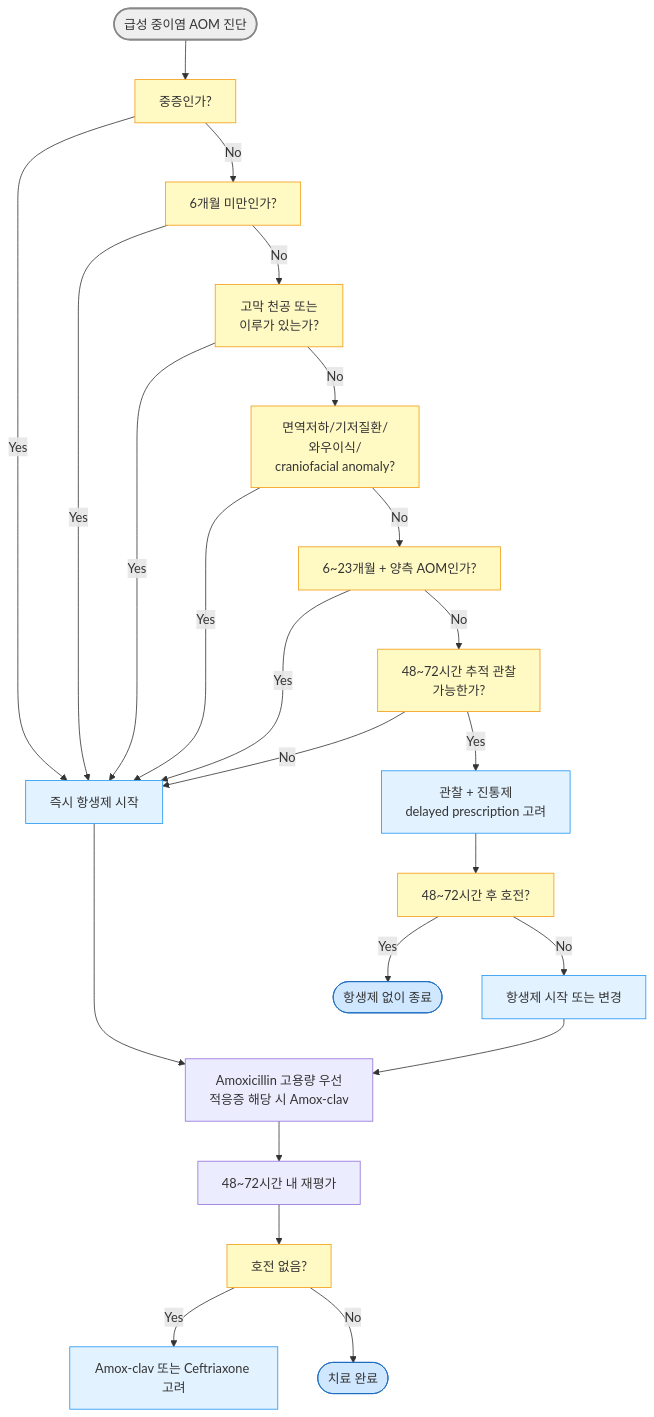
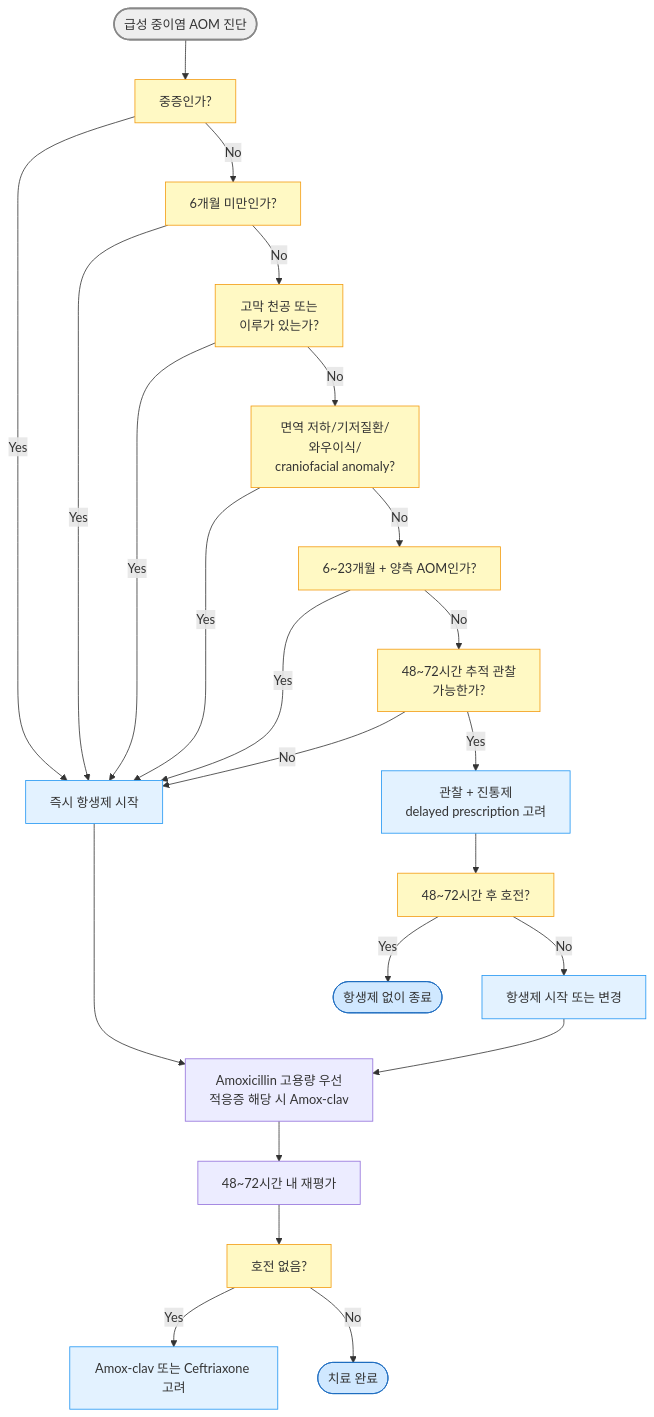
Before and after one commit to familyoh77/familyoh77: the third of 4 diagrams in 222_/048_-otitis-media.md, drawn with Mermaid. The commit also changed other lines of this file and 19 other files, not shown here.

````diff
--- a/222_/048_-otitis-media.md
+++ b/222_/048_-otitis-media.md
@@ -372,34 +372,34 @@
 ```mermaid
 graph TD
 A([급성 중이염 AOM 진단]) --> B[중증인가?]
 B -->|Yes| ABX[즉시 항생제 시작]
 B -->|No| C[6개월 미만인가?]
 C -->|Yes| ABX
 C -->|No| D[고막 천공 또는 <br/>이루가 있는가?]
 D -->|Yes| ABX
-D -->|No| E[면역저하/기저질환/<br/>와우이식/<br/> craniofacial anomaly?]
+D -->|No| E[면역 저하/기저질환/<br/>와우이식/<br/> craniofacial anomaly?]
 E -->|Yes| ABX
 E -->|No| F[6~23개월 + 양측 AOM인가?]
 F -->|Yes| ABX
 F -->|No| G[48~72시간 추적 관찰 <br/>가능한가?]
 G -->|No| ABX
 G -->|Yes| OBS[관찰 + 진통제<br/>delayed prescription 고려]
 OBS --> H[48~72시간 후 호전?]
 H -->|Yes| HOME([항생제 없이 종료])
 H -->|No| ABX2[항생제 시작 또는 변경]
 ABX --> I[Amoxicillin 고용량 우선<br/>적응증 해당 시 Amox-clav]
 ABX2 --> I
 I --> J[48~72시간 내 재평가]
 J --> K[호전 없음?]
 K -->|Yes| ESC[Amox-clav 또는 Ceftriaxone 고려]
 K -->|No| END([치료 완료])
 
     style A fill:#eeeeee,stroke:#888888,stroke-width:2px
 classDef blue fill:#d0e8ff,stroke:#1a6abf
 class HOME,END blue
 classDef yellow fill:#fff9c4,stroke:#f39c12
 class B,C,D,E,F,G,H,K yellow
 classDef sky fill:#e3f2ff,stroke:#2196f3
 class ABX,ABX2,ESC,OBS sky
 
 ```
````
